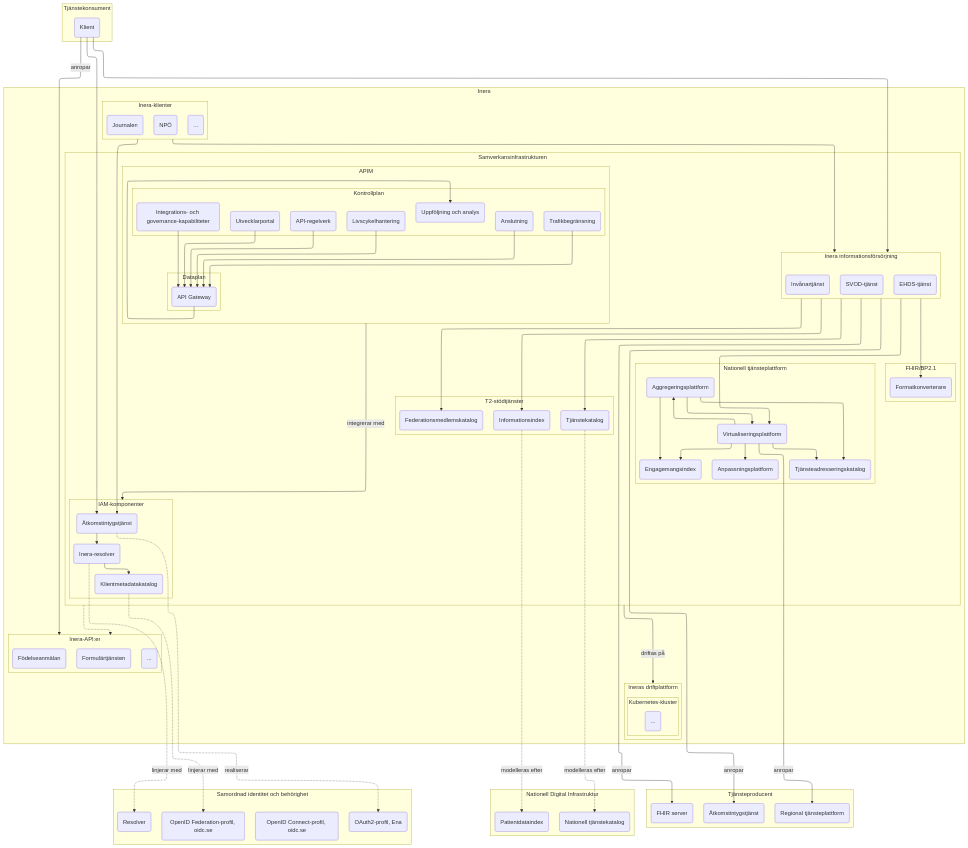
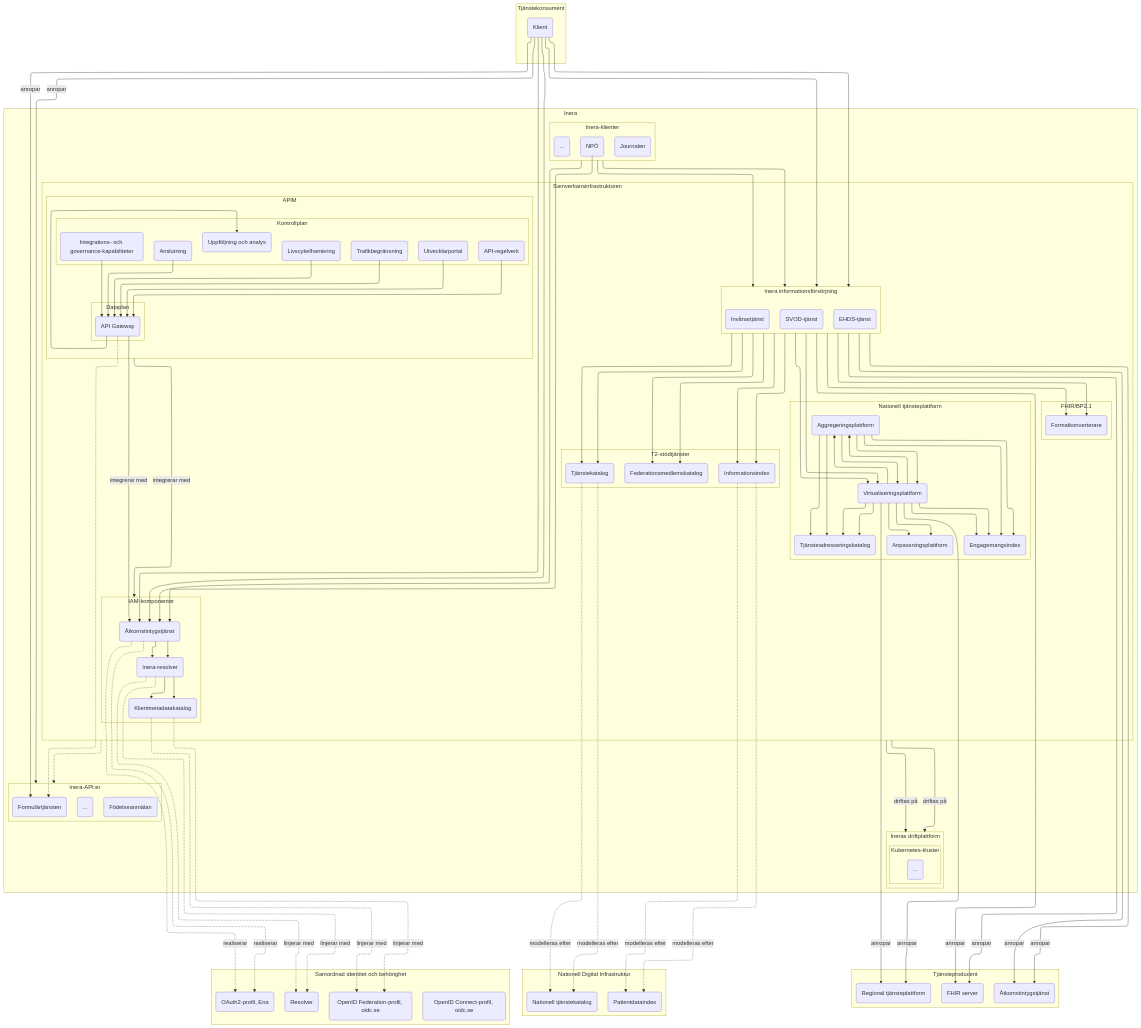
Before and after one commit to anders-malmros-inera/t2mmd: the diagram in T2-krav/test.md, drawn with Mermaid.

Commit message:
Add additional flowchart connections in test.md for enhanced clarity

````diff
--- a/T2-krav/test.md
+++ b/T2-krav/test.md
@@ -132,4 +132,36 @@
 tkc -- "anropar" --> itp
 si -.-> itp
 apim -- "integrerar med" --> siiam
+
+
+sias -. "realiserar" .-> o2
+sitk -. "modelleras efter" .-> ntk
+siii -. "modelleras efter" .-> pdi
+sikk -. "linjerar med" .-> of
+sir -. "linjerar med" .-> res
+sias --> sir
+sir --> sikk
+ag --> vp
+ag --> ei
+ag --> tak
+vp --> anp
+vp --> ag
+vp --> ei
+vp --> tak
+siit --> vp
+siit --> siii
+siit --> sifk
+siit --> sifmk
+siit --> sitk
+vp -- "anropar" --> tprtp
+si -- "driftas på" --> drift
+tkc --> siit
+itk --> siit
+siit -- "anropar" --> tpas
+siit -- "anropar" --> tpfs
+tkc --> sias
+npo --> sias
+tkc -- "anropar" --> formular
+gw -.-> formular
+gw -- "integrerar med" --> sias
 ```
````
